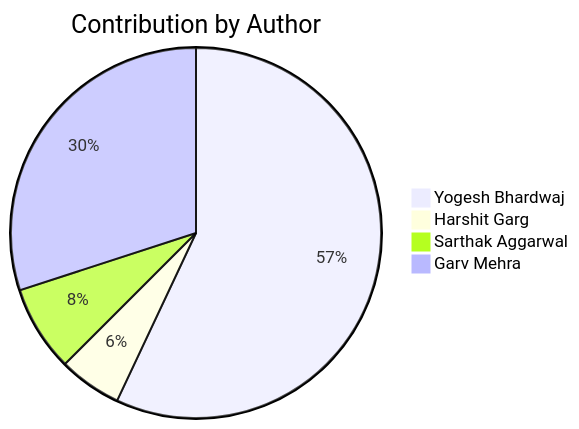
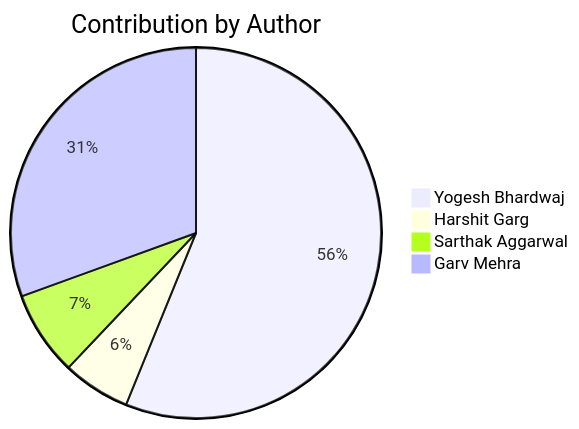
Before and after one commit to Yogesh-Bhardwaj-hue/Scm-Final_2.0: the second of 2 diagrams in README.md, drawn with Mermaid. The commit also changed other lines of this file, not shown here.

Commit message:
Update contribution charts

````diff
--- a/README.md
+++ b/README.md
@@ -192,7 +192,7 @@
 ```mermaid
 pie title Contribution by Author
     "Yogesh Bhardwaj": 114
-    "Harshit Garg": 11
+    "Harshit Garg": 12
     "Sarthak Aggarwal": 15
-    "Garv Mehra": 60
+    "Garv Mehra": 62
 ```
````
